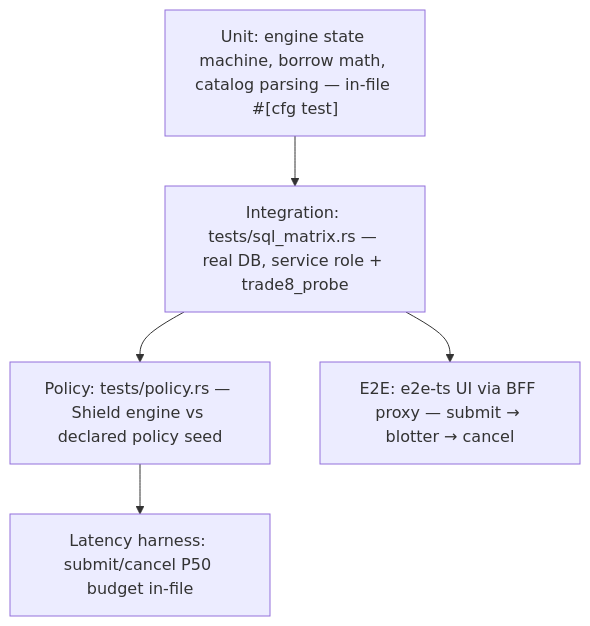
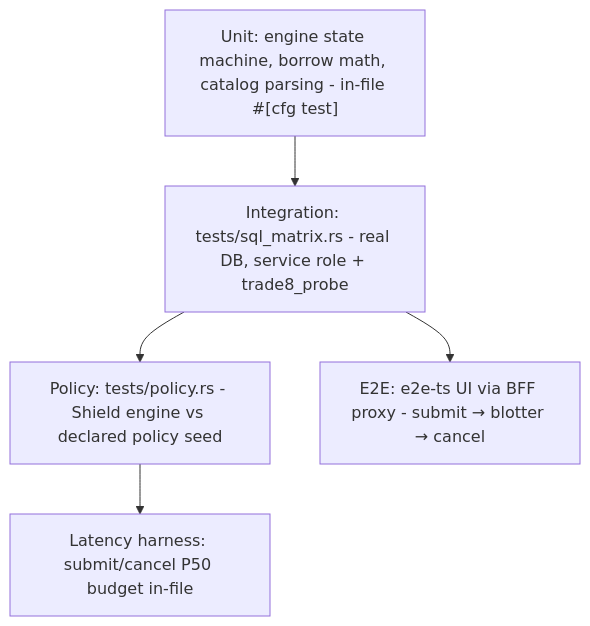
One commit to Trade8-dev/trade8-desk changed the ninth of 9 diagrams in DESIGN.md. Above: the diagram before and after it, drawn with Mermaid. The commit also changed other lines of this file and 25 other files, not shown here.

````diff
--- a/DESIGN.md
+++ b/DESIGN.md
@@ -400,7 +400,7 @@
 ```mermaid
 graph TD
-    U["Unit: engine state machine, borrow math, catalog parsing — in-file #[cfg test]"] --> I[Integration: tests/sql_matrix.rs — real DB, service role + trade8_probe]
-    I --> P[Policy: tests/policy.rs — Shield engine vs declared policy seed]
-    I --> E2E[E2E: e2e-ts UI via BFF proxy — submit → blotter → cancel]
+    U["Unit: engine state machine, borrow math, catalog parsing - in-file #[cfg test]"] --> I[Integration: tests/sql_matrix.rs - real DB, service role + trade8_probe]
+    I --> P[Policy: tests/policy.rs - Shield engine vs declared policy seed]
+    I --> E2E[E2E: e2e-ts UI via BFF proxy - submit → blotter → cancel]
     P --> L[Latency harness: submit/cancel P50 budget in-file]
 ```
````
